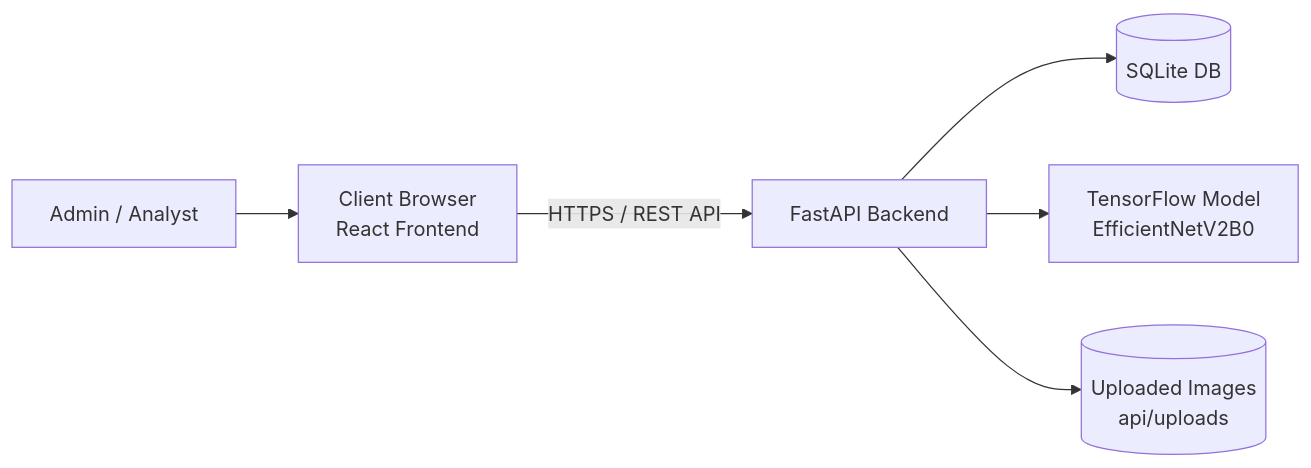
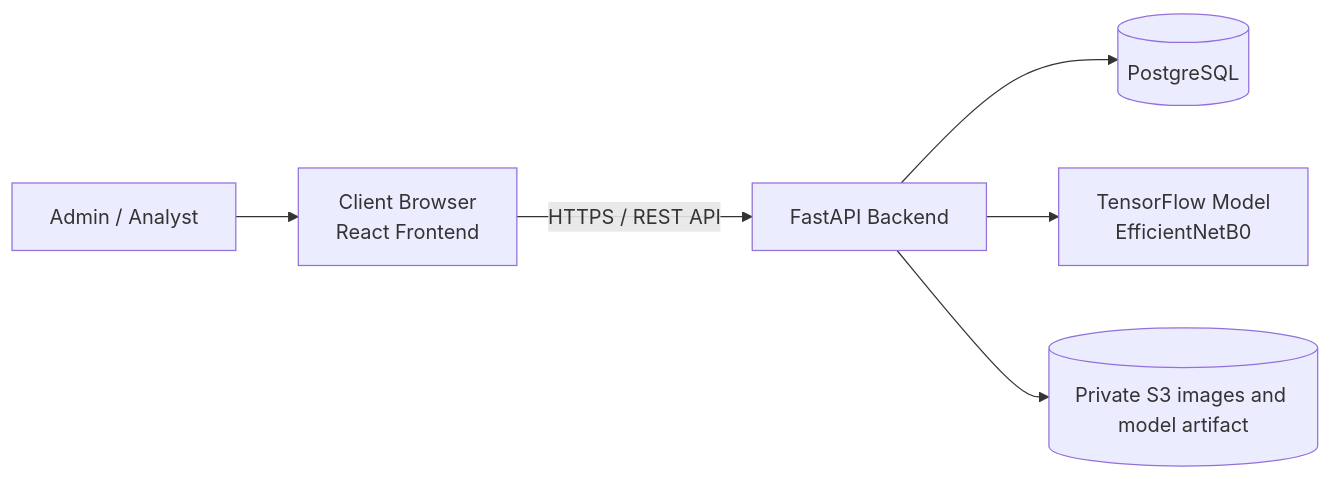
One commit to khanhlinhcode/Currency_Frontend changed the diagram in docs/system-architecture.md. Above: the diagram before and after it, drawn with Mermaid. The commit also changed other lines of this file and 13 other files, not shown here.

````diff
--- a/docs/system-architecture.md
+++ b/docs/system-architecture.md
@@ -14,9 +14,9 @@
 ```mermaid
 flowchart LR
     A[Client Browser\nReact Frontend] -->|HTTPS / REST API| B[FastAPI Backend]
-    B --> C[(SQLite DB)]
-    B --> D[TensorFlow Model\nEfficientNetV2B0]
-    B --> E[(Uploaded Images\napi/uploads)]
+    B --> C[(PostgreSQL)]
+    B --> D[TensorFlow Model\nEfficientNetB0]
+    B --> E[(Private S3 images and model artifact)]
 
     F[Admin / Analyst] --> A
 ```
````
